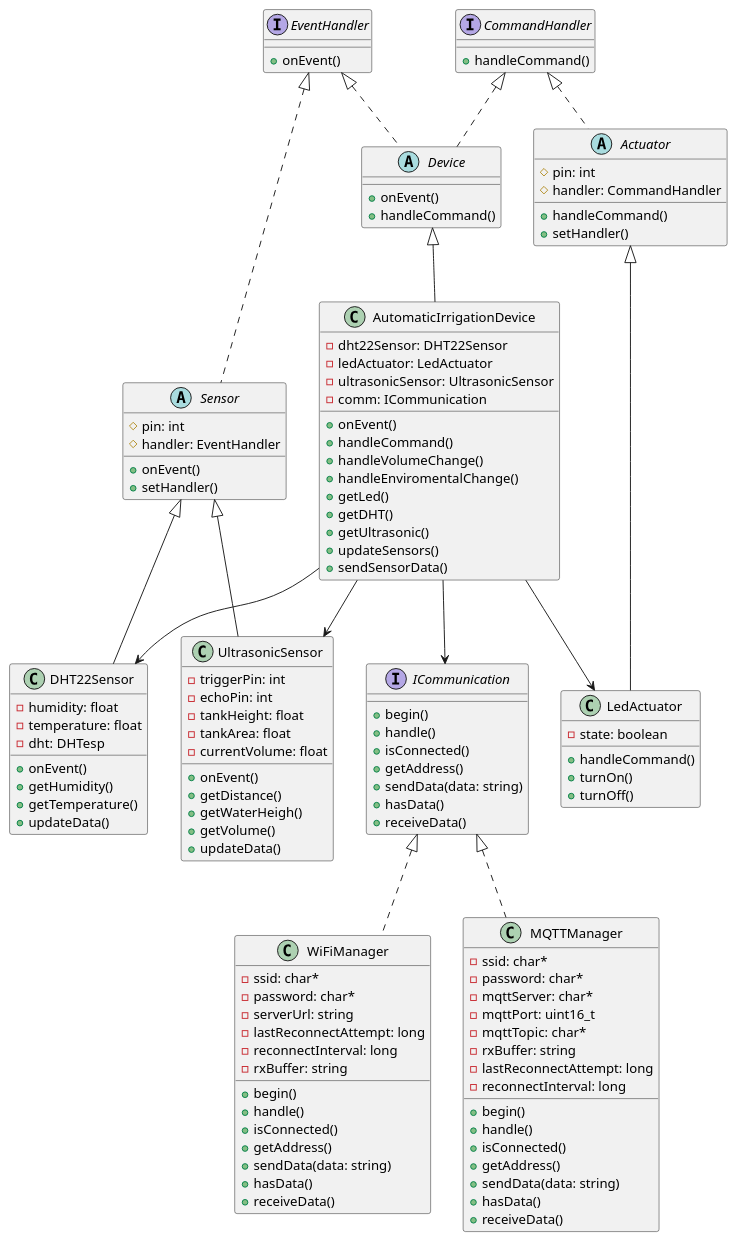
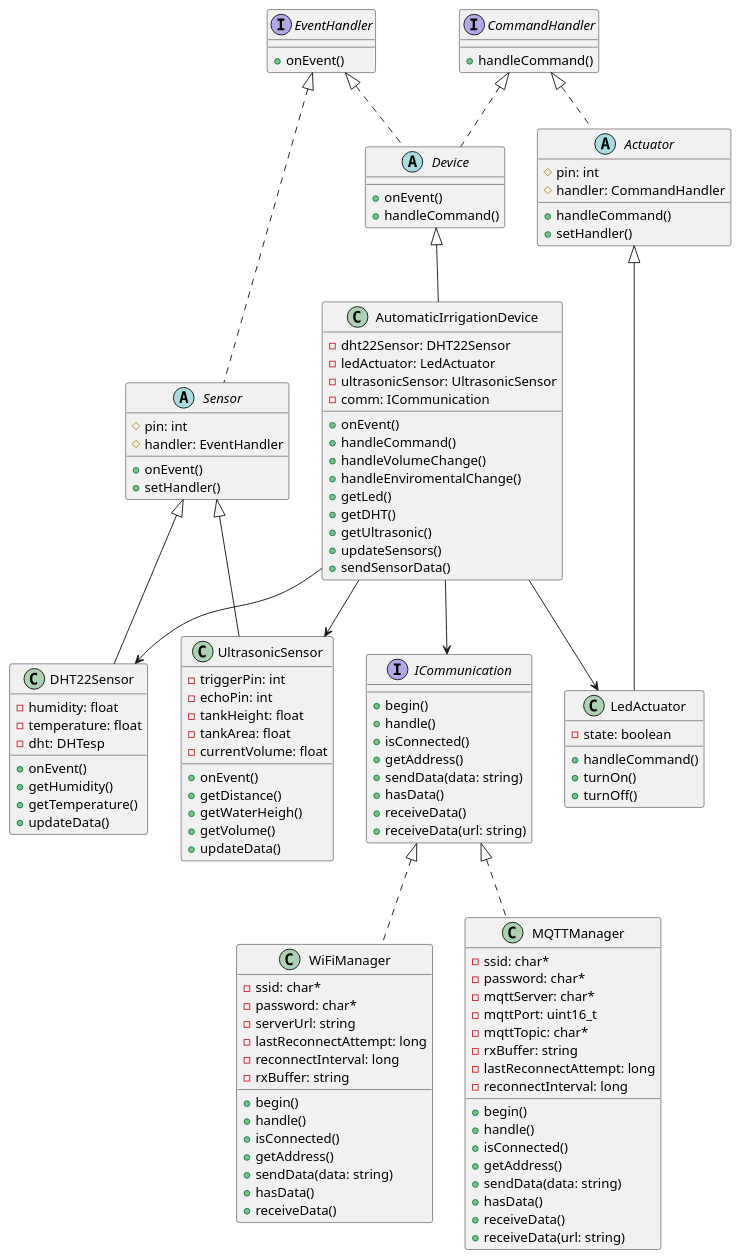
The diagram in docs/class-diagram.puml (iot-solutions64/wokwi), drawn with PlantUML before and after one commit. The commit also changed 7 other files, not shown here.

```diff
--- a/docs/class-diagram.puml
+++ b/docs/class-diagram.puml
@@ -1,143 +1,145 @@
 @startuml Diagrama de clases de HydroSmart
 
 ' Interfaces
 interface EventHandler {
     + onEvent()
 }
 
 interface CommandHandler {
     + handleCommand()
 }
 
 interface ICommunication {
     + begin()
     + handle()
     + isConnected()
     + getAddress()
     + sendData(data: string)
     + hasData()
     + receiveData()
+    + receiveData(url: string)
 }
 
 ' Clases abstractas
 abstract class Sensor {
     # pin: int
     # handler: EventHandler
     + onEvent()
     + setHandler()
 }
 
 abstract class Actuator {
     # pin: int
     # handler: CommandHandler
     + handleCommand()
     + setHandler()
 }
 
 abstract class Device {
     + onEvent()
     + handleCommand()
 }
 
 ' Clases concretas
 class DHT22Sensor {
     - humidity: float
     - temperature: float
     - dht: DHTesp
     + onEvent()
     + getHumidity()
     + getTemperature()
     + updateData()
 }
 
 class UltrasonicSensor {
     - triggerPin: int
     - echoPin: int
     - tankHeight: float
     - tankArea: float
     - currentVolume: float
     + onEvent()
     + getDistance()
     + getWaterHeigh()
     + getVolume()
     + updateData()
 }
 
 class LedActuator {
     - state: boolean
     + handleCommand()
     + turnOn()
     + turnOff()
 }
 
 class AutomaticIrrigationDevice {
     - dht22Sensor: DHT22Sensor
     - ledActuator: LedActuator
     - ultrasonicSensor: UltrasonicSensor
     - comm: ICommunication
     + onEvent()
     + handleCommand()
     + handleVolumeChange()
     + handleEnviromentalChange()
     + getLed()
     + getDHT()
     + getUltrasonic()
     + updateSensors()
     + sendSensorData()
 }
 
 class WiFiManager {
     - ssid: char*
     - password: char*
     - serverUrl: string
     - lastReconnectAttempt: long
     - reconnectInterval: long
     - rxBuffer: string
     + begin()
     + handle()
     + isConnected()
     + getAddress()
     + sendData(data: string)
     + hasData()
     + receiveData()
 }
 
 class MQTTManager {
     - ssid: char*
     - password: char*
     - mqttServer: char*
     - mqttPort: uint16_t
     - mqttTopic: char*
     - rxBuffer: string
     - lastReconnectAttempt: long
     - reconnectInterval: long
     + begin()
     + handle()
     + isConnected()
     + getAddress()
     + sendData(data: string)
     + hasData()
     + receiveData()
+    + receiveData(url: string)
 }
 
 ' Relaciones de implementación de interfaces
 EventHandler <|.. Sensor
 CommandHandler <|.. Actuator
 EventHandler <|.. Device
 CommandHandler <|.. Device
 ICommunication <|.. MQTTManager
 ICommunication <|.. WiFiManager
 
 ' Relaciones de herencia
 Sensor <|-- DHT22Sensor
 Sensor <|-- UltrasonicSensor
 Actuator <|-- LedActuator
 Device <|-- AutomaticIrrigationDevice
 
 ' Relaciones de composición/agregación (dependencia)
 AutomaticIrrigationDevice --> DHT22Sensor
 AutomaticIrrigationDevice --> UltrasonicSensor
 AutomaticIrrigationDevice --> LedActuator
 AutomaticIrrigationDevice --> ICommunication
 
 @enduml
```
